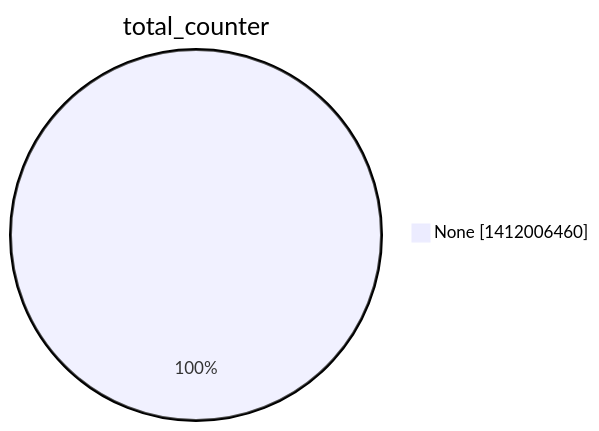
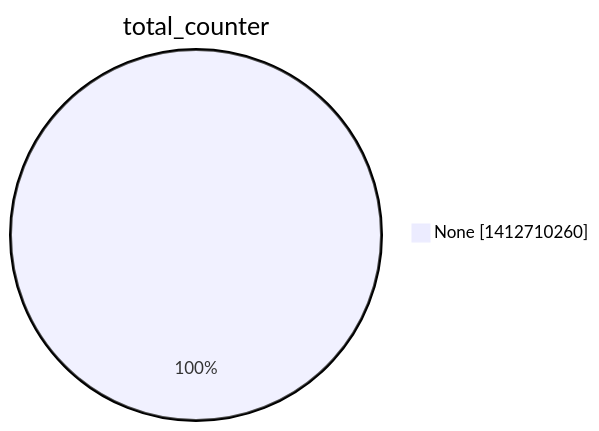
The second of 15 diagrams in argon2022/README.md (christiankrug/ctmonitor_visualization), drawn with Mermaid before and after one commit. The commit also changed other lines of this file, not shown here.

````diff
--- a/argon2022/README.md
+++ b/argon2022/README.md
@@ -9,5 +9,5 @@
 ```mermaid
 pie showData
 title total_counter
-"None" :1412006460
+"None" :1412710260
 ```
````
